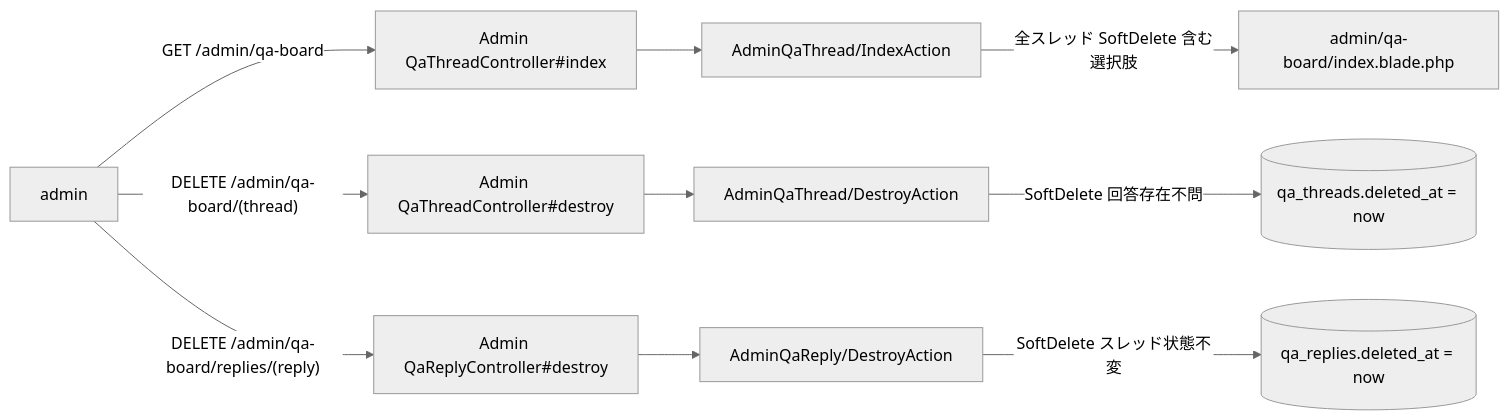
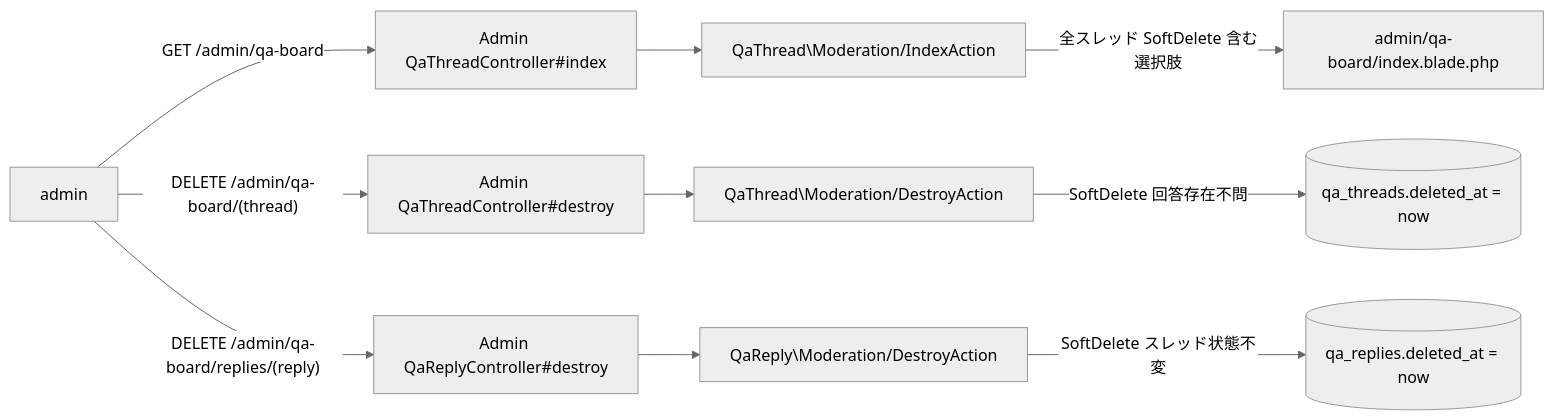
Before and after one commit to coachtech-mockcase-second/ExampleAnswer-mockcase-CertifyLMS: the third of 5 diagrams in docs/specs/qa-board/design.md, drawn with Mermaid (neutral theme). The commit also changed other lines of this file and 306 other files, not shown here.

````diff
--- a/docs/specs/qa-board/design.md
+++ b/docs/specs/qa-board/design.md
@@ -58,14 +58,14 @@
 ```mermaid
 flowchart LR
     A[admin] -->|"GET /admin/qa-board"| L["Admin QaThreadController#index"]
-    L --> AI["AdminQaThread/IndexAction"]
+    L --> AI["QaThread\Moderation/IndexAction"]
     AI -->|"全スレッド SoftDelete 含む選択肢"| V["admin/qa-board/index.blade.php"]
 
     A -->|"DELETE /admin/qa-board/(thread)"| D["Admin QaThreadController#destroy"]
-    D --> AD["AdminQaThread/DestroyAction"]
+    D --> AD["QaThread\Moderation/DestroyAction"]
     AD -->|"SoftDelete 回答存在不問"| DB[("qa_threads.deleted_at = now")]
 
     A -->|"DELETE /admin/qa-board/replies/(reply)"| RD["Admin QaReplyController#destroy"]
-    RD --> ARD["AdminQaReply/DestroyAction"]
+    RD --> ARD["QaReply\Moderation/DestroyAction"]
     ARD -->|"SoftDelete スレッド状態不変"| DB2[("qa_replies.deleted_at = now")]
 ```
````
